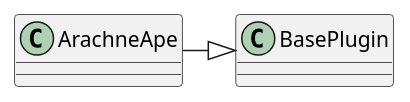
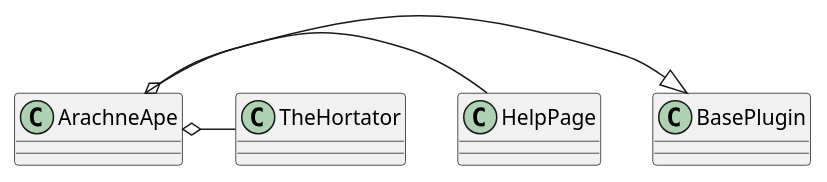
The diagram in arachneape/plugins/arachneapeplugin.rst (russell-n/theape), drawn with PlantUML before and after one commit. The commit also changed other lines of this file and 61 other files, not shown here.

```diff
--- a/arachneape/plugins/arachneapeplugin.rst
+++ b/arachneape/plugins/arachneapeplugin.rst
@@ -8,3 +8,5 @@
 .. uml::
 
    ArachneApe -|> BasePlugin
+   ArachneApe o- HelpPage
+   ArachneApe o- TheHortator
```
